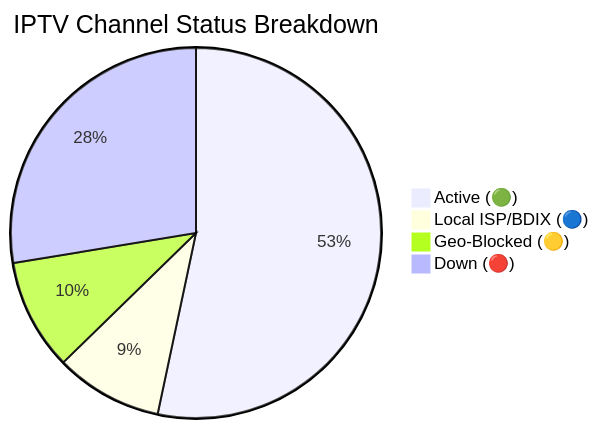
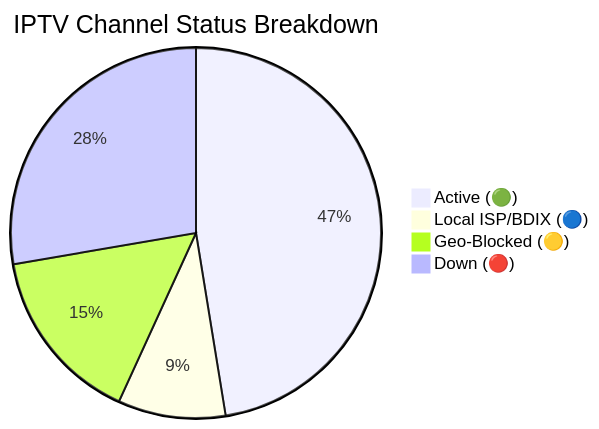
Before and after one commit to f6388600-ai/Web: the diagram in README.md, drawn with Mermaid. The commit also changed other lines of this file and 6 other files, not shown here.

````diff
--- a/README.md
+++ b/README.md
@@ -149,7 +149,7 @@
 ```mermaid
 pie title IPTV Channel Status Breakdown
-    "Active (🟢)" : 9098
-    "Local ISP/BDIX (🔵)" : 1600
-    "Geo-Blocked (🟡)" : 1655
-    "Down (🔴)" : 4709
+    "Active (🟢)" : 8091
+    "Local ISP/BDIX (🔵)" : 1602
+    "Geo-Blocked (🟡)" : 2638
+    "Down (🔴)" : 4726
 ```
````
